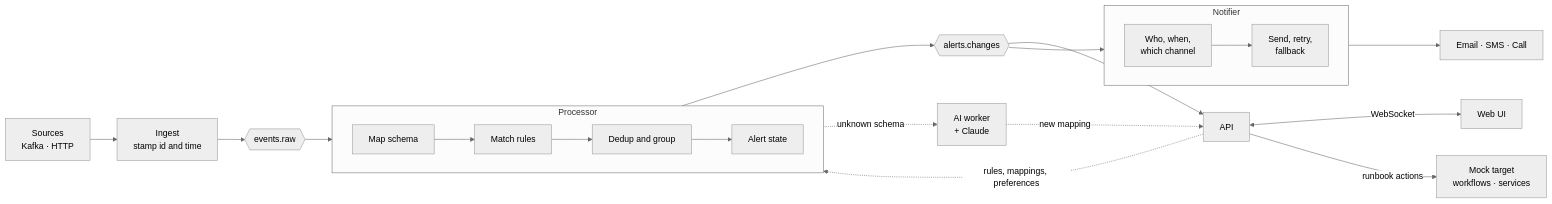
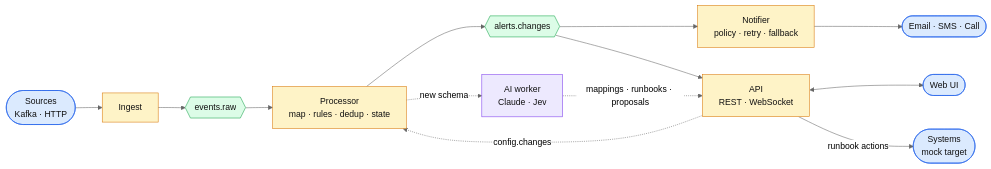
One commit to glhfsox/Goldman-Sachs-hackathon changed the diagram in README.md. Above: the diagram before and after it, drawn with Mermaid (neutral theme). The commit also changed other lines of this file, not shown here.

Commit message:
docs: README redesign: description, wide architecture diagram, run, metrics

````diff
--- a/README.md
+++ b/README.md
@@ -36,24 +22,17 @@
 ```mermaid
 flowchart LR
-  src["Sources<br/>Kafka · HTTP"] --> ingest["Ingest<br/>stamp id and time"]
-  ingest --> raw{{events.raw}}
+  S([Sources<br/>Kafka · HTTP]) --> I[Ingest] --> R{{events.raw}} --> P[Processor<br/>map · rules · dedup · state] --> C{{alerts.changes}} --> N[Notifier<br/>policy · retry · fallback] --> CH([Email · SMS · Call])
+  C --> A[API<br/>REST · WebSocket] <--> U([Web UI])
+  P -.->|new schema| W[AI worker<br/>Claude · Jev] -.->|"mappings · runbooks · proposals"| A
+  A -.->|config.changes| P
+  A -->|runbook actions| T([Systems<br/>mock target])
 
-  subgraph Processor
-    direction LR
-    map["Map schema"] --> rules["Match rules"] --> dedup["Dedup and group"] --> state["Alert state"]
-  end
-  raw --> map
-  state --> changes{{alerts.changes}}
-
-  subgraph Notifier
-    direction LR
-    policy["Who, when,<br/>which channel"] --> send["Send, retry,<br/>fallback"]
-  end
-  changes --> policy
-  send --> channels["Email · SMS · Call"]
-
-  changes --> api["API"] <-->|WebSocket| ui["Web UI"]
-  map -. "unknown schema" .-> ai["AI worker<br/>+ Claude"] -. "new mapping" .-> api
-  api -. "rules, mappings, preferences" .-> Processor
-  api -- "runbook actions" --> target["Mock target<br/>workflows · services"]
+  classDef svc fill:#fef3c7,stroke:#d97706,color:#111
+  classDef topic fill:#dcfce7,stroke:#16a34a,color:#111
+  classDef ext fill:#dbeafe,stroke:#2563eb,color:#111
+  classDef ai fill:#ede9fe,stroke:#7c3aed,color:#111
+  class I,P,N,A svc
+  class R,C topic
+  class S,CH,U,T ext
+  class W ai
 ```
````
